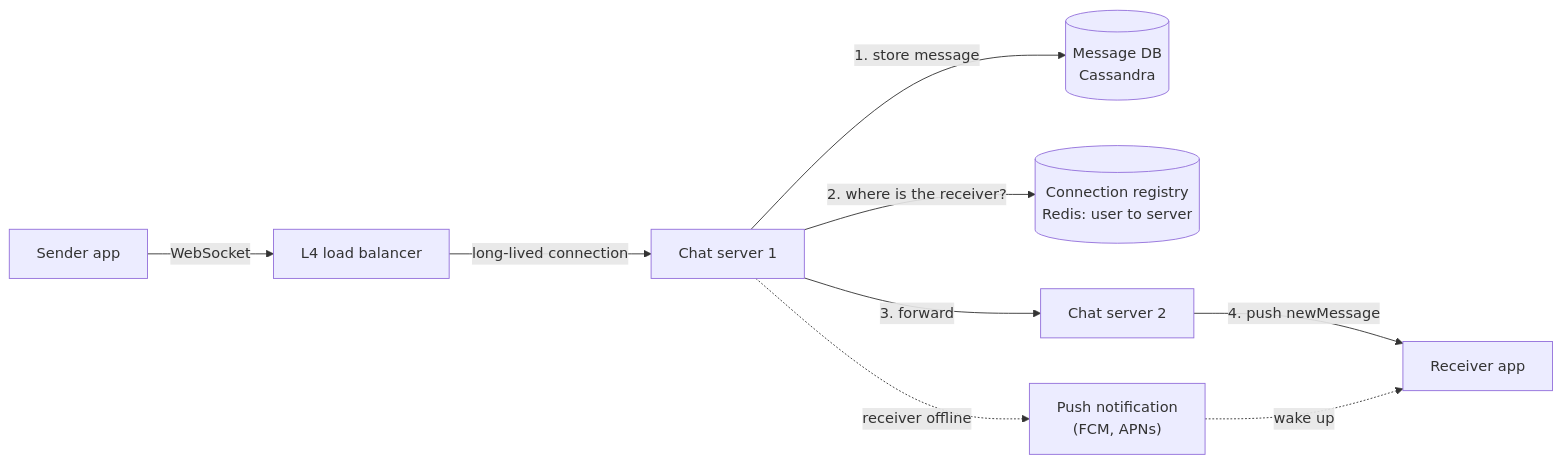
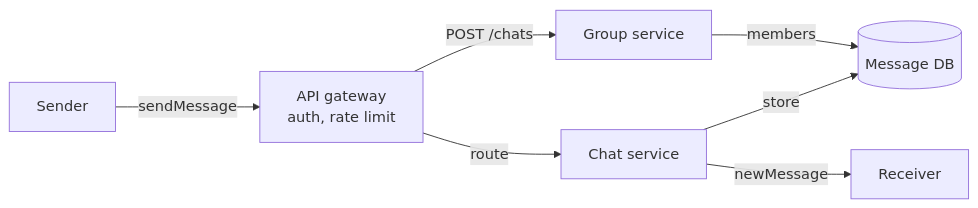
One commit to aaryan-pradhan/core-cs-fundamentals changed the first of 2 diagrams in hld/26-whatsapp.md. Above: the diagram before and after it, drawn with Mermaid. The commit also changed other lines of this file, not shown here.

Commit message:
Rewrite WhatsApp design with the 7 steps

````diff
--- a/hld/26-whatsapp.md
+++ b/hld/26-whatsapp.md
@@ -79,11 +57,9 @@
 ```mermaid
 flowchart LR
-    A["Sender app"] -->|"WebSocket"| LB["L4 load balancer"]
-    LB -->|"long-lived connection"| CS1["Chat server 1"]
-    CS1 -->|"1. store message"| DB[("Message DB<br/>Cassandra")]
-    CS1 -->|"2. where is the receiver?"| REG[("Connection registry<br/>Redis: user to server")]
-    CS1 -->|"3. forward"| CS2["Chat server 2"]
-    CS2 -->|"4. push newMessage"| B["Receiver app"]
-    CS1 -.->|"receiver offline"| PN["Push notification<br/>(FCM, APNs)"]
-    PN -.->|"wake up"| B
+    A["Sender"] -->|"sendMessage"| GW["API gateway<br/>auth, rate limit"]
+    GW -->|"route"| CS["Chat service"]
+    CS -->|"store"| DB[("Message DB")]
+    CS -->|"newMessage"| B["Receiver"]
+    GW -->|"POST /chats"| GS["Group service"]
+    GS -->|"members"| DB
 ```
````
